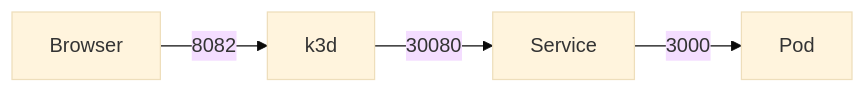
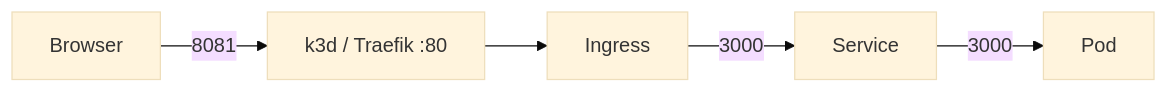
Before and after one commit to wmahad/k8s-hands-on: the third of 3 diagrams in README.md, drawn with Mermaid (base theme). The commit also changed other lines of this file and 5 other files, not shown here.

````diff
--- a/README.md
+++ b/README.md
@@ -47,6 +55,7 @@
 ```mermaid
 flowchart LR
-  B[Browser] -->|8082| H[k3d]
-  H -->|30080| S[Service]
+  B[Browser] -->|8081| H[k3d / Traefik :80]
+  H --> I[Ingress]
+  I -->|3000| S[Service]
   S -->|3000| P[Pod]
 ```
````
